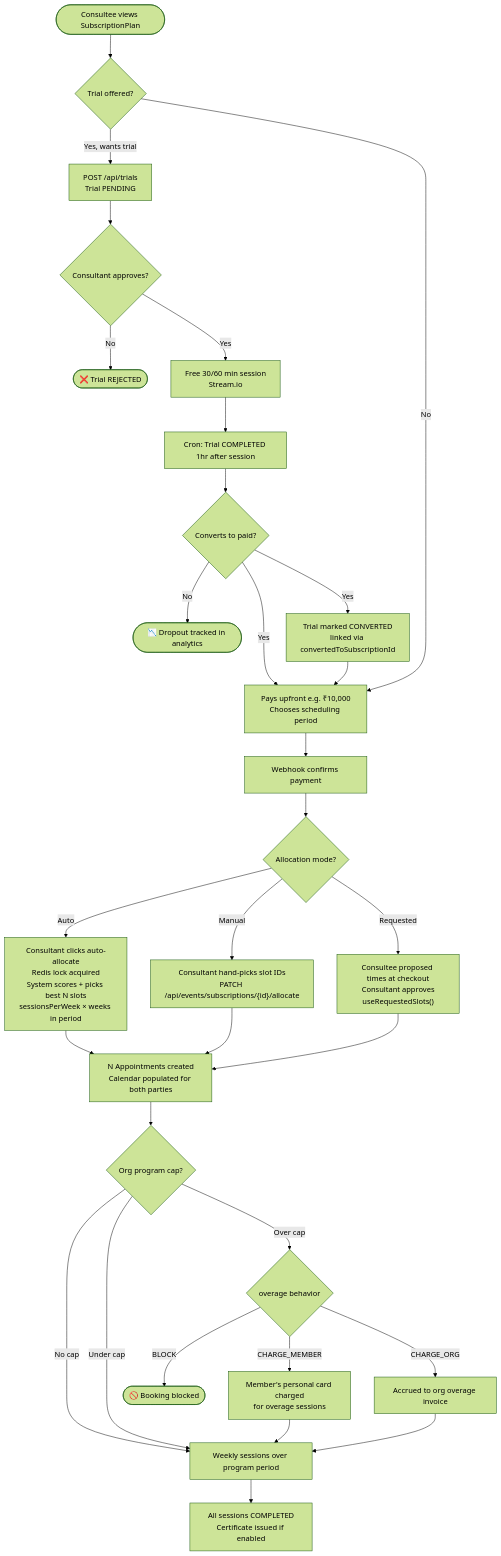
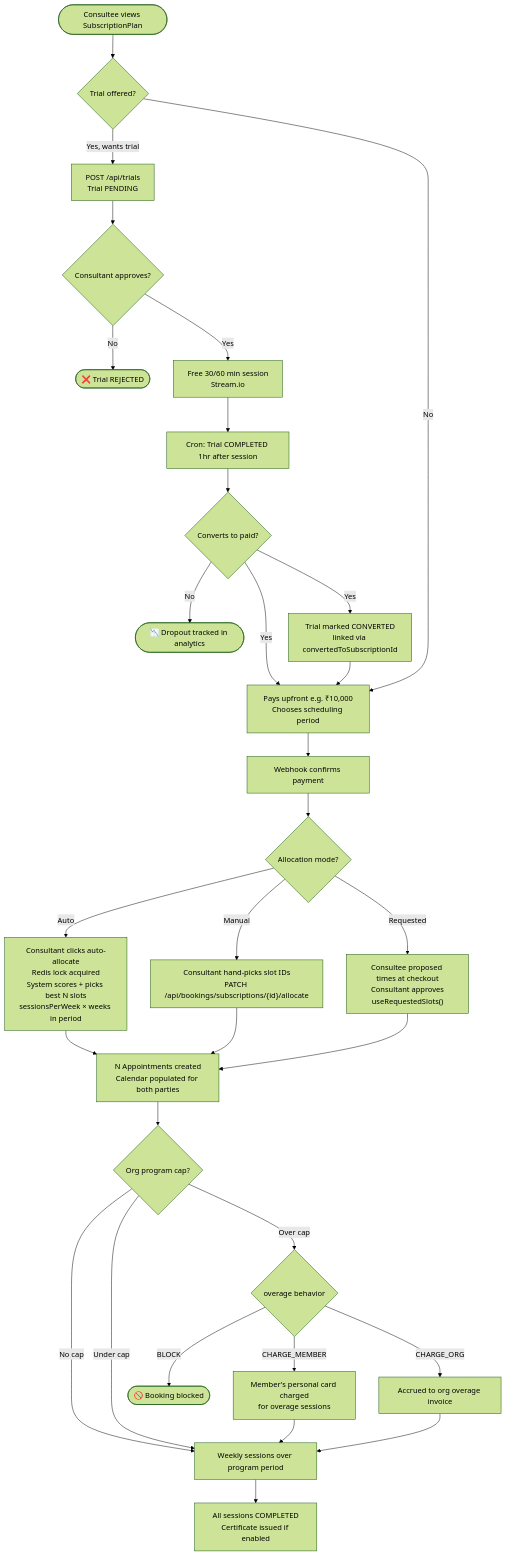
One commit to Practitionist/familiarise_web changed the ninth of 19 diagrams in docs/architecture/product-flow-map.md. Above: the diagram before and after it, drawn with Mermaid (forest theme). The commit also changed 25 other files, not shown here.

````diff
--- a/docs/architecture/product-flow-map.md
+++ b/docs/architecture/product-flow-map.md
@@ -262,39 +262,39 @@
 ```mermaid
 flowchart TD
     SubEntry([Consultee views SubscriptionPlan]) --> TrialCheck{Trial offered?}
 
     TrialCheck -- Yes, wants trial --> TrialReq["POST /api/trials\nTrial PENDING"]
     TrialReq --> ConsApproves{Consultant approves?}
     ConsApproves -- No --> TrialRejected(["❌ Trial REJECTED"])
     ConsApproves -- Yes --> Trial["Free 30/60 min session\nStream.io"]
     Trial --> TrialCron["Cron: Trial COMPLETED 1hr after session"]
     TrialCron --> Converts{Converts to paid?}
     Converts -- No --> Dropout(["📉 Dropout tracked in analytics"])
     Converts -- Yes --> DirectSub
     TrialCheck -- No --> DirectSub
 
     DirectSub["Pays upfront e.g. ₹10,000\nChooses scheduling period"] --> PayConfirm["Webhook confirms payment"]
     PayConfirm --> AllocMode{Allocation mode?}
 
     AllocMode -- Auto --> AutoAlloc["Consultant clicks auto-allocate\nRedis lock acquired\nSystem scores + picks best N slots\nsessionsPerWeek × weeks in period"]
-    AllocMode -- Manual --> ManualAlloc["Consultant hand-picks slot IDs\nPATCH /api/events/subscriptions/{id}/allocate"]
+    AllocMode -- Manual --> ManualAlloc["Consultant hand-picks slot IDs\nPATCH /api/bookings/subscriptions/{id}/allocate"]
     AllocMode -- Requested --> ReqSlots["Consultee proposed times at checkout\nConsultant approves\nuseRequestedSlots()"]
 
     AutoAlloc --> SlotsCreated["N Appointments created\nCalendar populated for both parties"]
     ManualAlloc --> SlotsCreated
     ReqSlots --> SlotsCreated
 
     SlotsCreated --> OrgCapCheck{Org program cap?}
     OrgCapCheck -- No cap --> Sessions
     OrgCapCheck -- Under cap --> Sessions["Weekly sessions over program period"]
     OrgCapCheck -- Over cap --> OverageBehavior{overage behavior}
     OverageBehavior -- BLOCK --> Blocked(["🚫 Booking blocked"])
     OverageBehavior -- CHARGE_MEMBER --> MemberPays["Member's personal card charged\nfor overage sessions"]
     OverageBehavior -- CHARGE_ORG --> OrgCharged["Accrued to org overage invoice"]
     MemberPays --> Sessions
     OrgCharged --> Sessions
 
     Sessions --> AllComplete["All sessions COMPLETED\nCertificate issued if enabled"]
     Converts -- Yes --> ConvertMark["Trial marked CONVERTED\nlinked via convertedToSubscriptionId"]
     ConvertMark --> DirectSub
 ```
````
